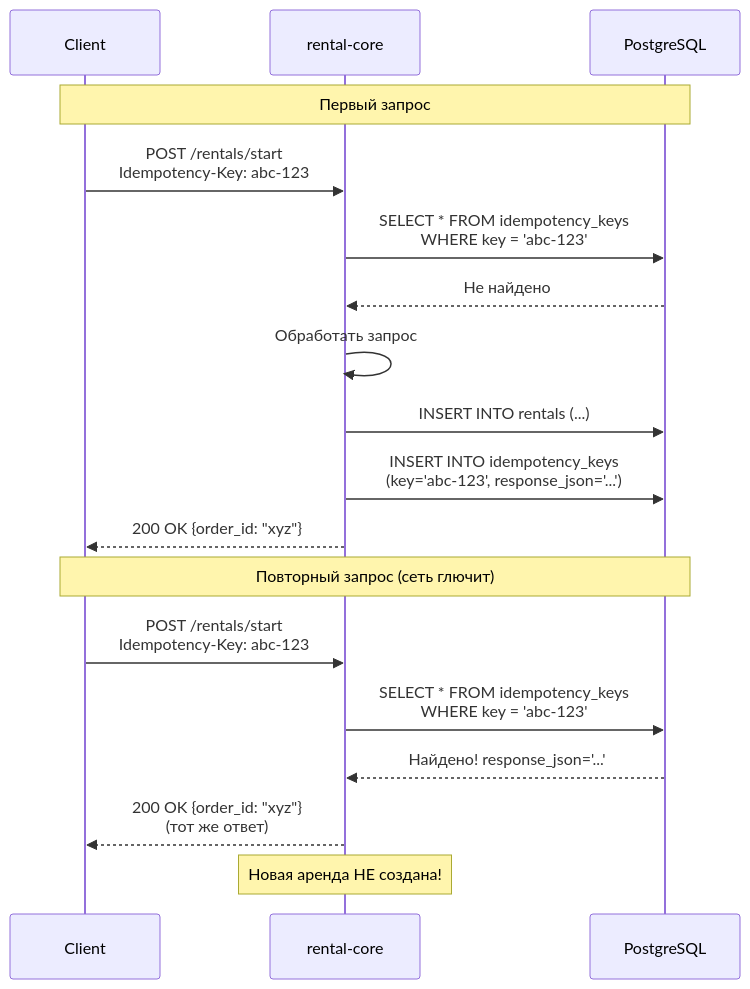
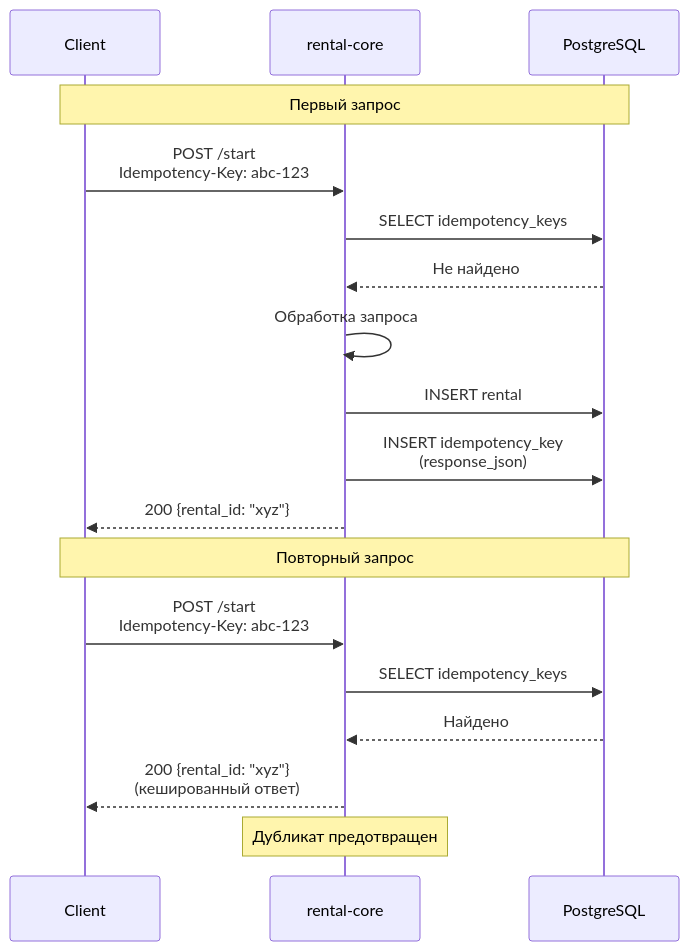
Before and after one commit to AlexanderExp/SysDesign-HW-1: the second of 2 diagrams in diagrams/05-reliability-patterns.md, drawn with Mermaid. The commit also changed other lines of this file and 4 other files, not shown here.

Commit message:
fixed diagrams

````diff
--- a/diagrams/05-reliability-patterns.md
+++ b/diagrams/05-reliability-patterns.md
@@ -237,23 +237,23 @@
 ```mermaid
 sequenceDiagram
     participant Client
     participant API as rental-core
     participant DB as PostgreSQL
     
     Note over Client,DB: Первый запрос
-    Client->>API: POST /rentals/start<br/>Idempotency-Key: abc-123
-    API->>DB: SELECT * FROM idempotency_keys<br/>WHERE key = 'abc-123'
+    Client->>API: POST /start<br/>Idempotency-Key: abc-123
+    API->>DB: SELECT idempotency_keys
     DB-->>API: Не найдено
-    API->>API: Обработать запрос
-    API->>DB: INSERT INTO rentals (...)
-    API->>DB: INSERT INTO idempotency_keys<br/>(key='abc-123', response_json='...')
-    API-->>Client: 200 OK {order_id: "xyz"}
+    API->>API: Обработка запроса
+    API->>DB: INSERT rental
+    API->>DB: INSERT idempotency_key<br/>(response_json)
+    API-->>Client: 200 {rental_id: "xyz"}
     
-    Note over Client,DB: Повторный запрос (сеть глючит)
-    Client->>API: POST /rentals/start<br/>Idempotency-Key: abc-123
-    API->>DB: SELECT * FROM idempotency_keys<br/>WHERE key = 'abc-123'
-    DB-->>API: Найдено! response_json='...'
-    API-->>Client: 200 OK {order_id: "xyz"}<br/>(тот же ответ)
+    Note over Client,DB: Повторный запрос
+    Client->>API: POST /start<br/>Idempotency-Key: abc-123
+    API->>DB: SELECT idempotency_keys
+    DB-->>API: Найдено
+    API-->>Client: 200 {rental_id: "xyz"}<br/>(кешированный ответ)
     
-    Note over API: Новая аренда НЕ создана!
+    Note over API: Дубликат предотвращен
 ```
````
